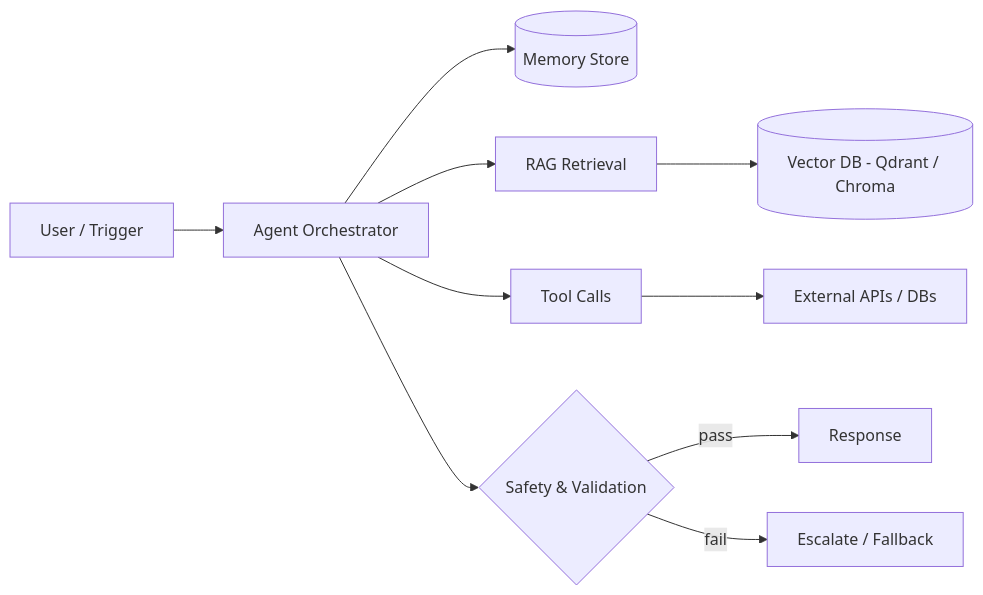
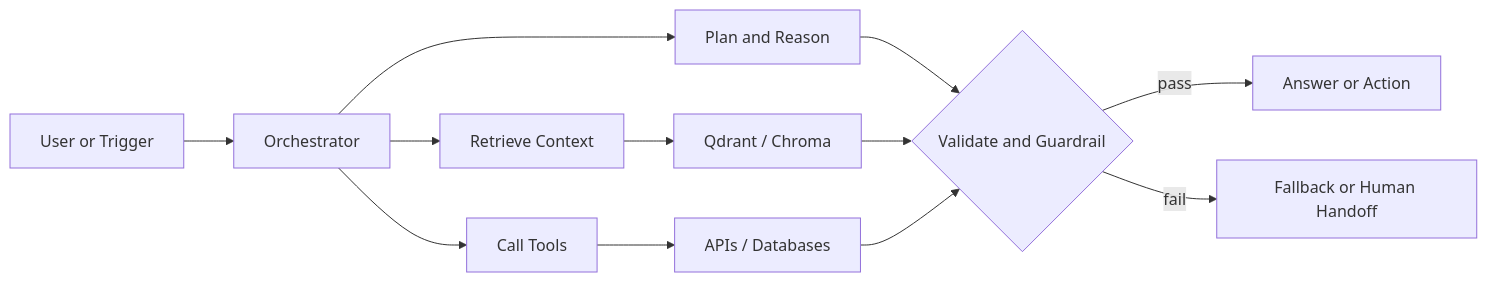
Before and after one commit to roydonsequeira/roydonsequeira: the diagram in README.md, drawn with Mermaid. The commit also changed other lines of this file, not shown here.

````diff
--- a/README.md
+++ b/README.md
@@ -35,12 +99,14 @@
 ```mermaid
 flowchart LR
-    U["User / Trigger"] --> O["Agent Orchestrator"]
-    O --> MEM[("Memory Store")]
-    O --> RAG["RAG Retrieval"]
-    O --> TOOL["Tool Calls"]
-    RAG --> VDB[("Vector DB - Qdrant / Chroma")]
-    TOOL --> EXT["External APIs / DBs"]
-    O --> CHK{"Safety & Validation"}
-    CHK -->|pass| RESP["Response"]
-    CHK -->|fail| FALL["Escalate / Fallback"]
+    INPUT["User or Trigger"] --> ORCH["Orchestrator"]
+    ORCH --> PLAN["Plan and Reason"]
+    ORCH --> RETRIEVE["Retrieve Context"]
+    ORCH --> TOOLS["Call Tools"]
+    RETRIEVE --> VECTOR["Qdrant / Chroma"]
+    TOOLS --> SYSTEMS["APIs / Databases"]
+    PLAN --> CHECK{"Validate and Guardrail"}
+    VECTOR --> CHECK
+    SYSTEMS --> CHECK
+    CHECK -->|pass| ANSWER["Answer or Action"]
+    CHECK -->|fail| ESCALATE["Fallback or Human Handoff"]
 ```
````
